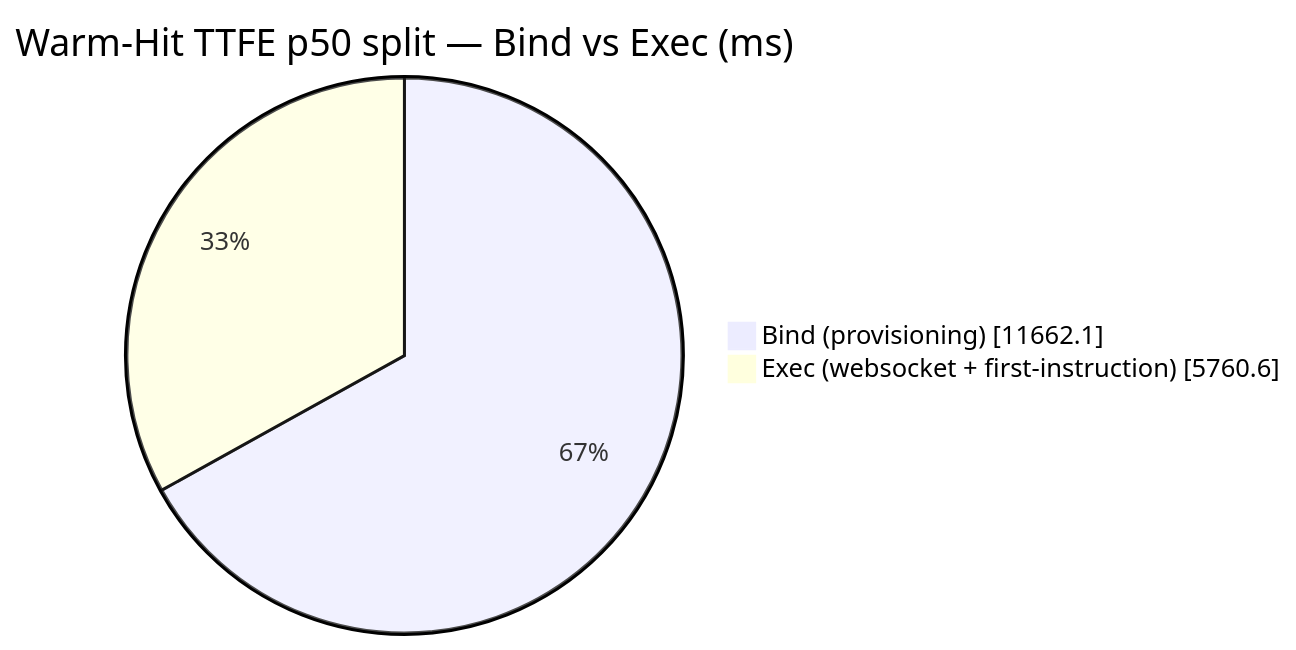
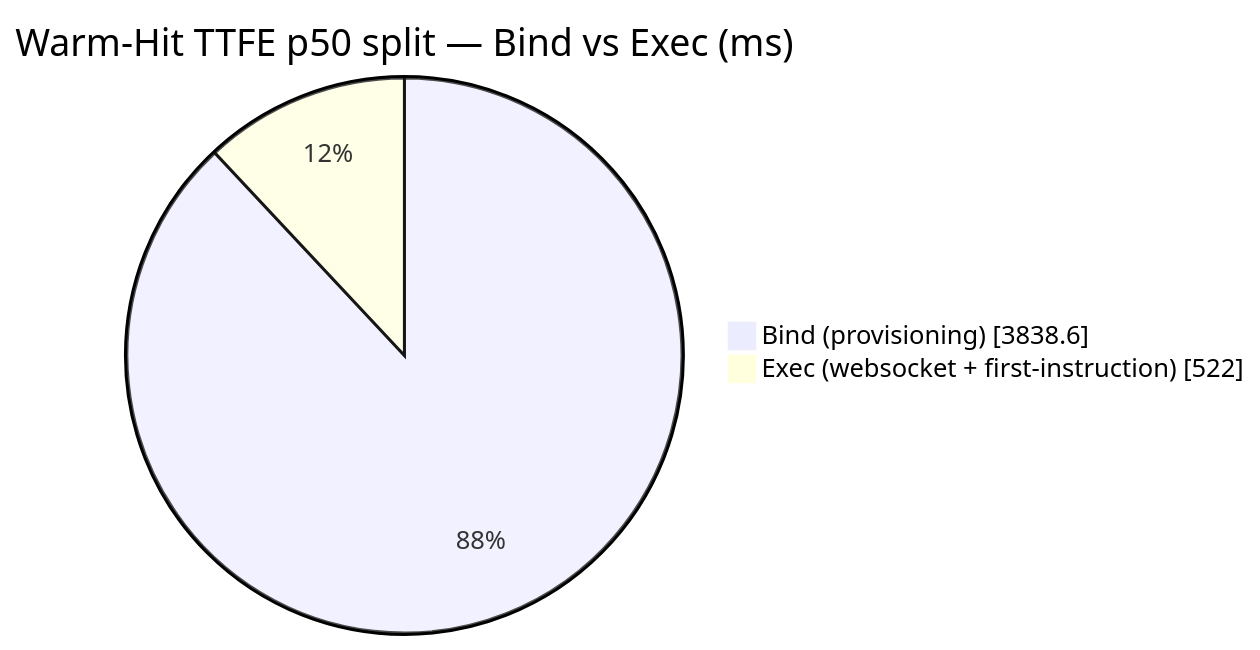
The diagram in DETAILS.md (AlexBulankou/honest-bench), drawn with Mermaid before and after one commit. The commit also changed other lines of this file and 4 other files, not shown here.

````diff
--- a/DETAILS.md
+++ b/DETAILS.md
@@ -101,6 +102,6 @@
 ```mermaid
 pie showData
     title Warm-Hit TTFE p50 split — Bind vs Exec (ms)
-    "Bind (provisioning)" : 11662.1
-    "Exec (websocket + first-instruction)" : 5760.6
+    "Bind (provisioning)" : 3838.6
+    "Exec (websocket + first-instruction)" : 522.0
 ```
````
